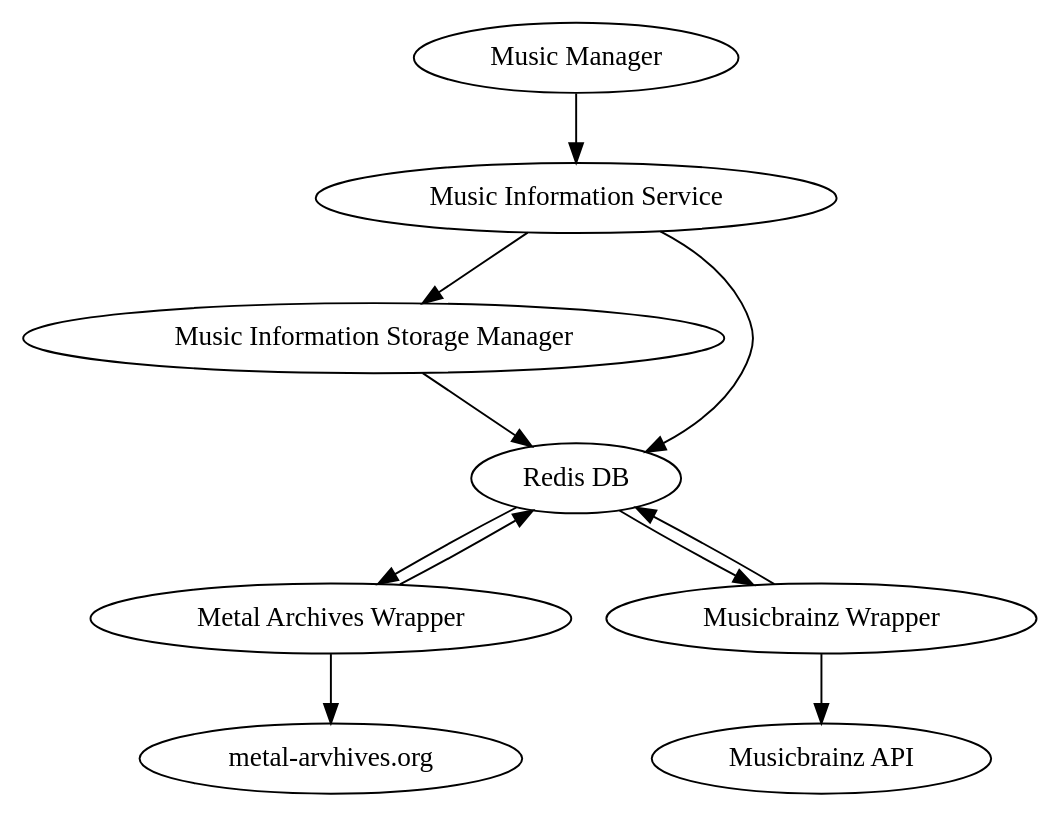
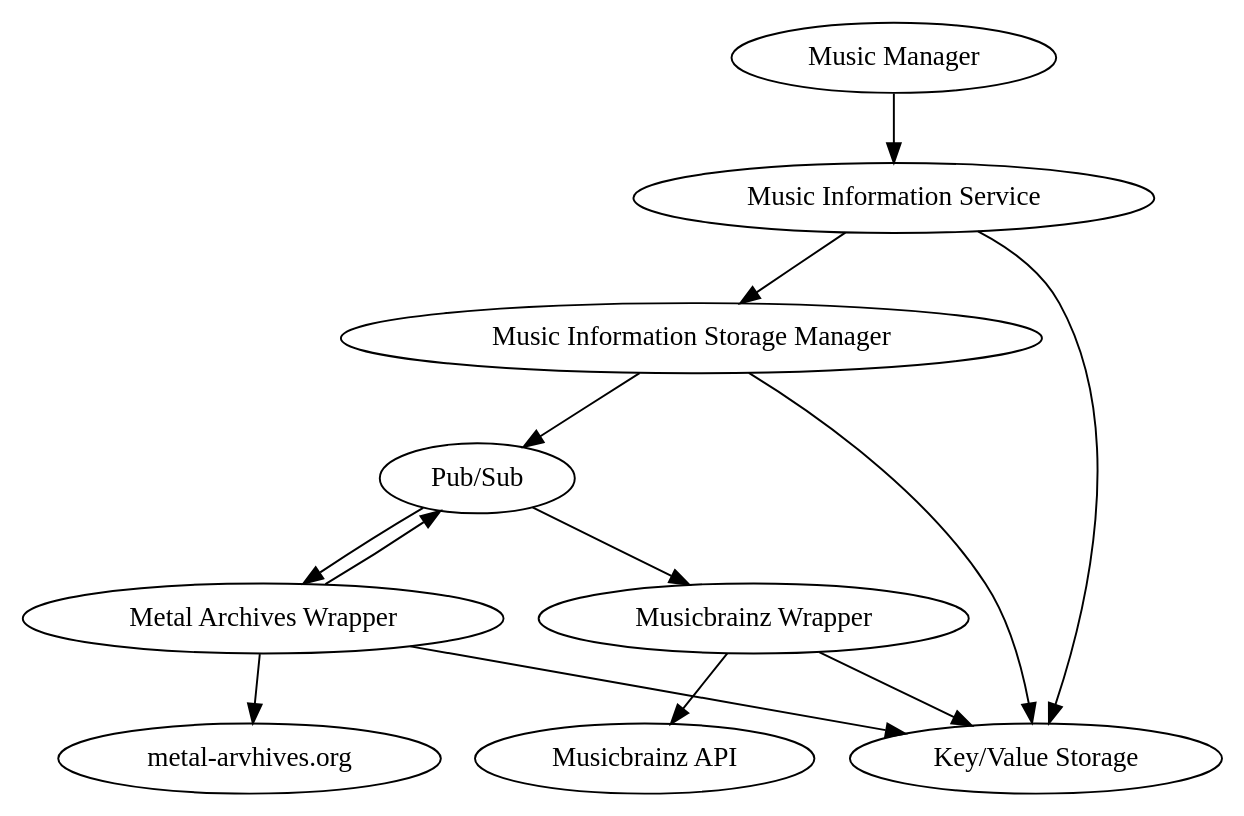
One commit to a-castellano/Music-Manager-Docs changed the diagram in services.dot. Above: the diagram before and after it, drawn with Graphviz.

Commit message:
Do not name any node as software, use service's name instead

```diff
--- a/services.dot
+++ b/services.dot
@@ -1,12 +1,14 @@
 digraph G {
   "Music Manager" -> "Music Information Service"
   "Music Information Service" -> "Music Information Storage Manager"
-  "Music Information Storage Manager" -> "Redis DB"
+  "Music Information Storage Manager" -> "Key/Value Storage"
+  "Music Information Storage Manager" -> "Pub/Sub"
   "Metal Archives Wrapper" -> "metal-arvhives.org"
   "Musicbrainz Wrapper" -> "Musicbrainz API"
-  "Musicbrainz Wrapper" -> "Redis DB"
-  "Redis DB" -> "Musicbrainz Wrapper"
-  "Music Information Service" -> "Redis DB"
-  "Metal Archives Wrapper" -> "Redis DB"
-  "Redis DB" -> "Metal Archives Wrapper"
+  "Musicbrainz Wrapper" -> "Key/Value Storage"
+  "Pub/Sub" -> "Musicbrainz Wrapper"
+  "Music Information Service" -> "Key/Value Storage"
+  "Metal Archives Wrapper" -> "Key/Value Storage"
+  "Pub/Sub" -> "Metal Archives Wrapper"
+  "Metal Archives Wrapper" -> "Pub/Sub"
  }
```
